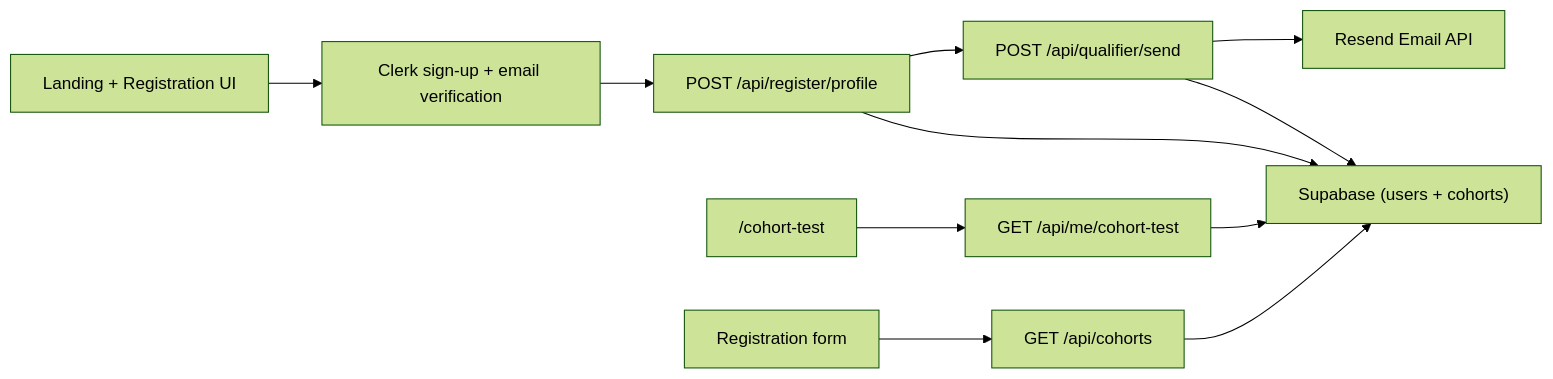
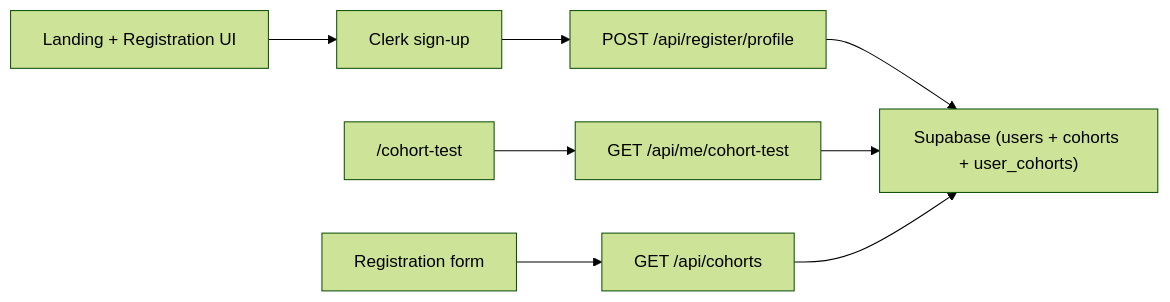
One commit to optern2025/OptCamp changed the diagram in README.md. Above: the diagram before and after it, drawn with Mermaid (forest theme). The commit also changed other lines of this file and 14 other files, not shown here.

````diff
--- a/README.md
+++ b/README.md
@@ -20,13 +17,10 @@
 ```mermaid
 flowchart LR
-  A["Landing + Registration UI"] --> B["Clerk sign-up + email verification"]
+  A["Landing + Registration UI"] --> B["Clerk sign-up"]
   B --> C["POST /api/register/profile"]
-  C --> D["Supabase (users + cohorts)"]
-  C --> E["POST /api/qualifier/send"]
-  E --> D
-  E --> F["Resend Email API"]
-  G["/cohort-test"] --> H["GET /api/me/cohort-test"]
-  H --> D
+  C --> D["Supabase (users + cohorts + user_cohorts)"]
+  E["/cohort-test"] --> F["GET /api/me/cohort-test"]
+  F --> D
   I["Registration form"] --> J["GET /api/cohorts"]
   J --> D
 ```
````
